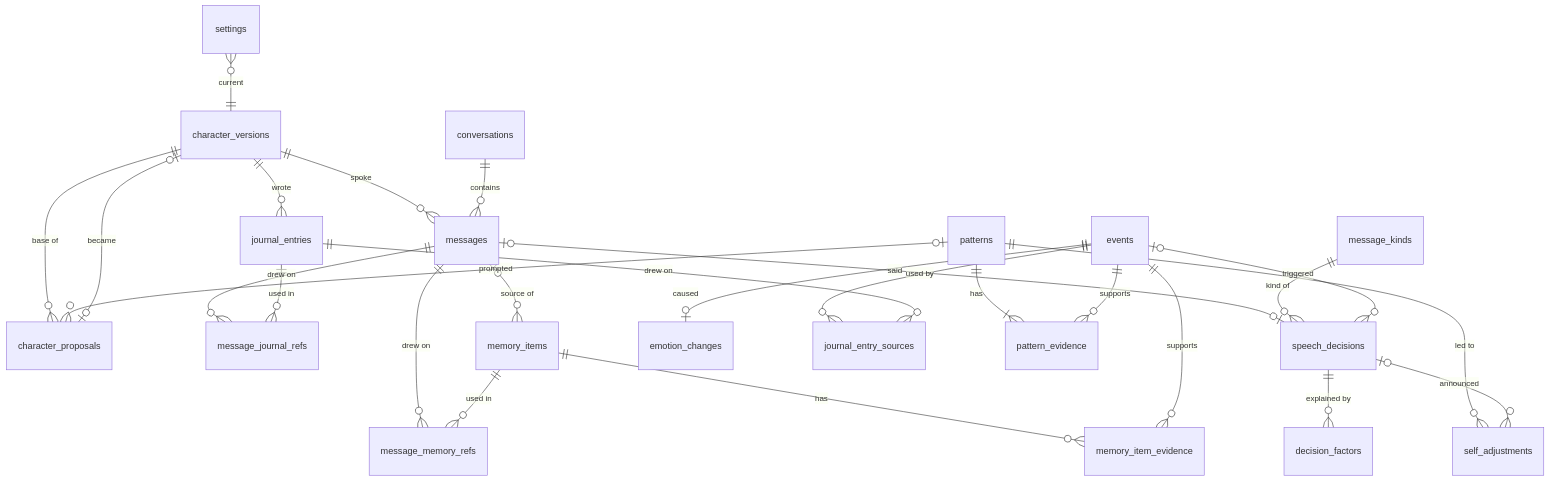
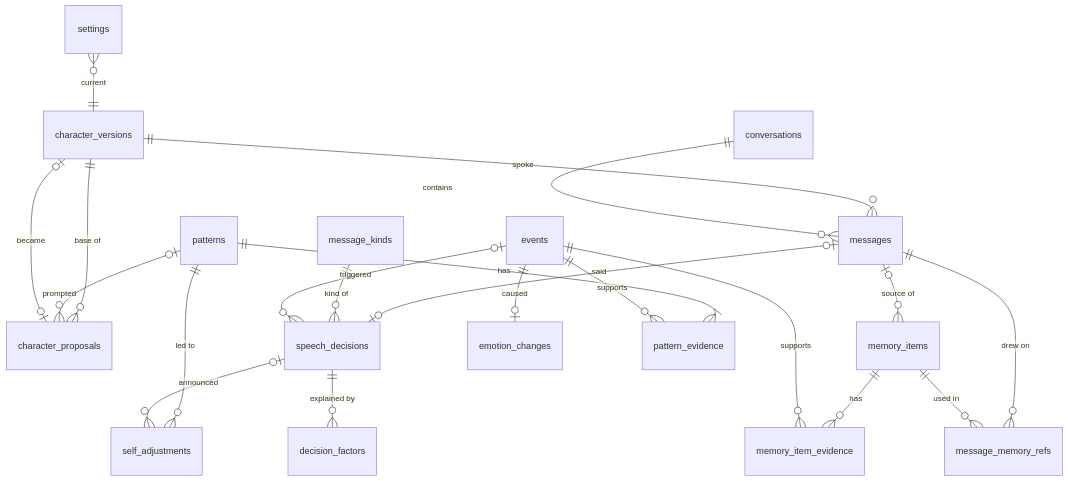
One commit to NguyenVu04/cognia changed the first of 9 diagrams in docs/ERD.md. Above: the diagram before and after it, drawn with Mermaid. The commit also changed other lines of this file and 109 other files, not shown here.

````diff
--- a/docs/ERD.md
+++ b/docs/ERD.md
@@ -132,34 +135,29 @@
 ```mermaid
 erDiagram
     character_versions ||--o{ messages : "spoke"
     character_versions ||--o{ character_proposals : "base of"
-    character_versions ||--o{ journal_entries : "wrote"
     settings }o--|| character_versions : "current"
 
     conversations ||--o{ messages : "contains"
     messages ||--o{ message_memory_refs : "drew on"
-    messages ||--o{ message_journal_refs : "drew on"
     memory_items ||--o{ message_memory_refs : "used in"
-    journal_entries ||--o{ message_journal_refs : "used in"
 
     messages |o--o{ memory_items : "source of"
     memory_items ||--o{ memory_item_evidence : "has"
     events ||--o{ memory_item_evidence : "supports"
 
     messages |o--o| speech_decisions : "said"
 
     events ||--o| emotion_changes : "caused"
-    events ||--o{ journal_entry_sources : "used by"
-    journal_entries ||--o{ journal_entry_sources : "drew on"
 
     patterns ||--|{ pattern_evidence : "has"
     events ||--o{ pattern_evidence : "supports"
     patterns ||--o{ self_adjustments : "led to"
     patterns |o--o{ character_proposals : "prompted"
     character_proposals |o--o| character_versions : "became"
 
     message_kinds ||--o{ speech_decisions : "kind of"
     speech_decisions ||--o{ decision_factors : "explained by"
     events |o--o{ speech_decisions : "triggered"
     speech_decisions |o--o{ self_adjustments : "announced"
 ```
````
